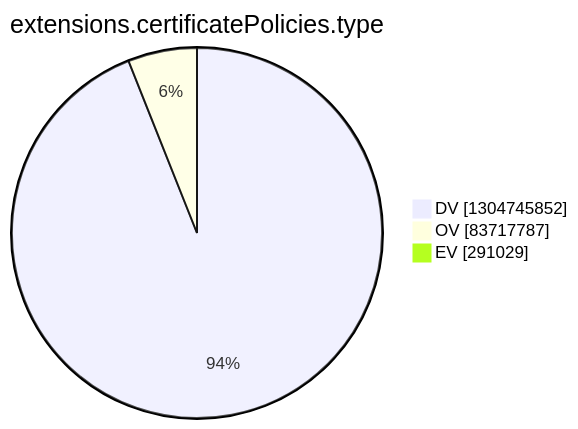
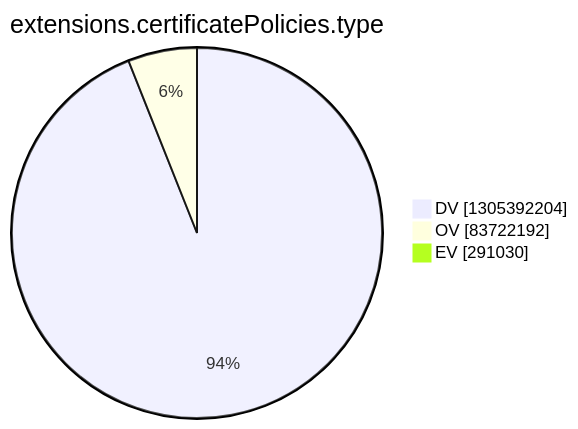
The tenth of 15 diagrams in argon2022/README.md (christiankrug/ctmonitor_visualization), drawn with Mermaid before and after one commit. The commit also changed other lines of this file, not shown here.

````diff
--- a/argon2022/README.md
+++ b/argon2022/README.md
@@ -2772,7 +2772,7 @@
 ```mermaid
 pie showData
 title extensions.certificatePolicies.type
-"DV" :1304745852
-"OV" :83717787
-"EV" :291029
+"DV" :1305392204
+"OV" :83722192
+"EV" :291030
 ```
````
